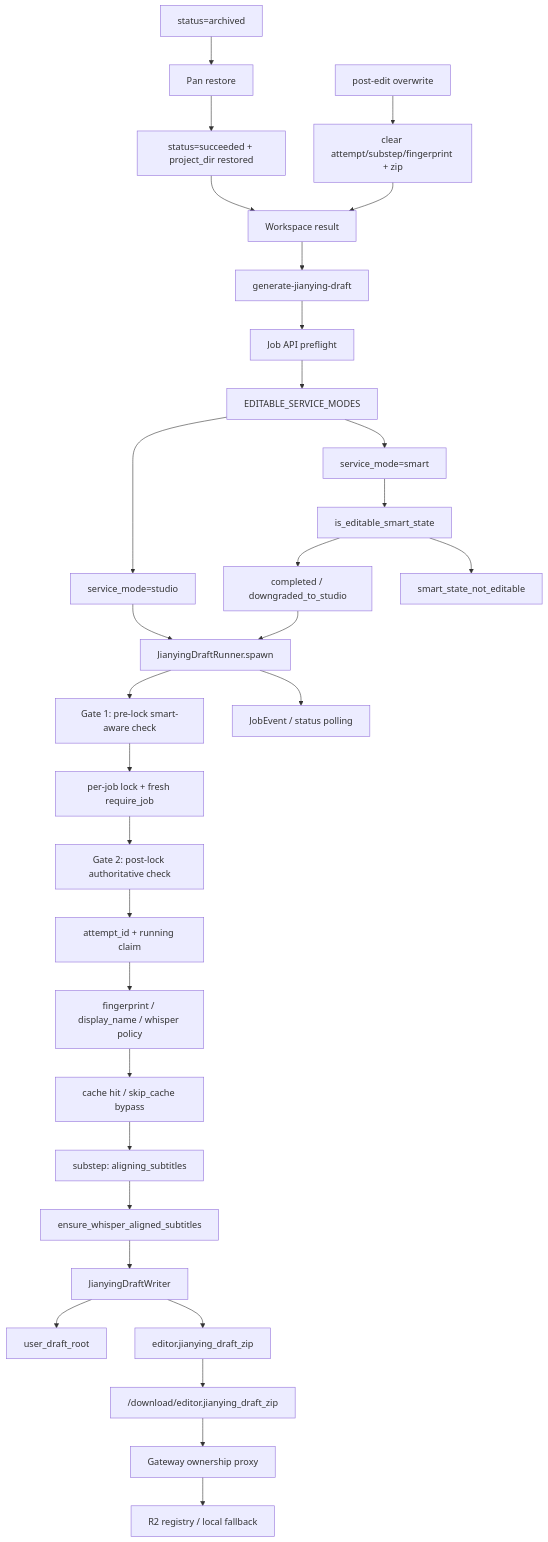
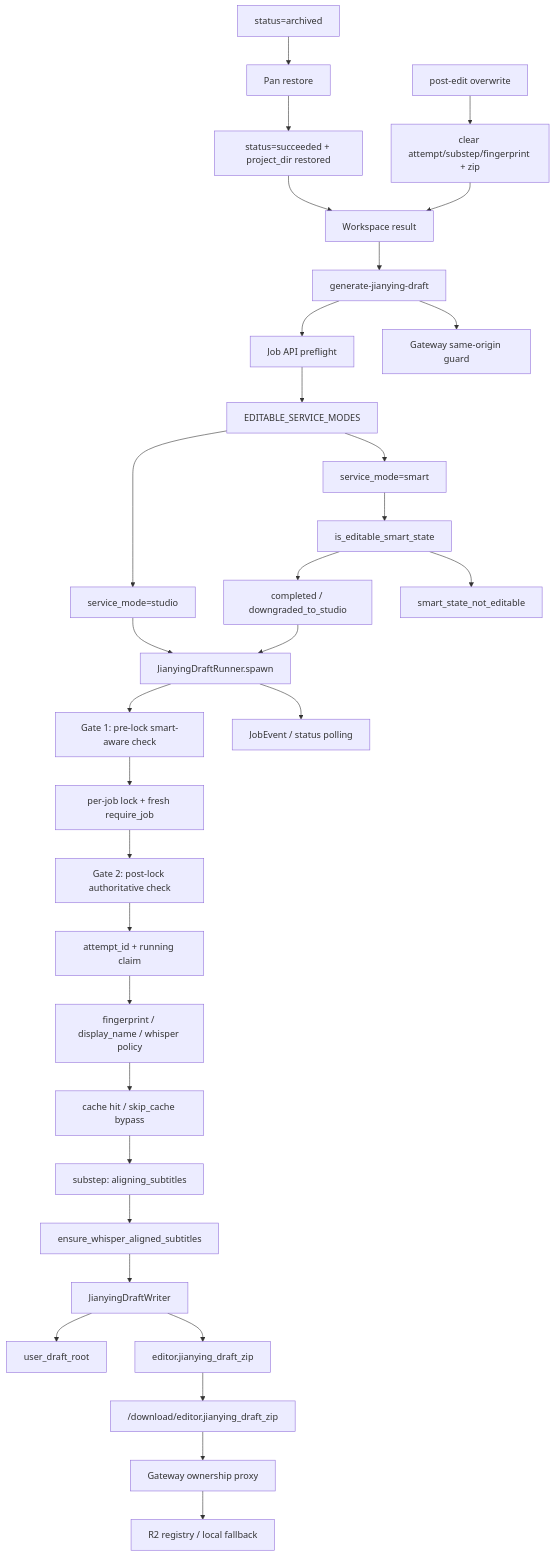
One commit to sun9bear/AITransVideo changed the diagram in docs/graphs/GITNEXUS_JIANYING_DRAFT_DELIVERY_GRAPH.md. Above: the diagram before and after it, drawn with Mermaid. The commit also changed other lines of this file and 12 other files, not shown here.

Commit message:
docs(graphs): refresh GitNexus maps for May 24

````diff
--- a/docs/graphs/GITNEXUS_JIANYING_DRAFT_DELIVERY_GRAPH.md
+++ b/docs/graphs/GITNEXUS_JIANYING_DRAFT_DELIVERY_GRAPH.md
@@ -19,36 +20,37 @@
 ```mermaid
 graph TD
     ResultUI["Workspace result"] --> Trigger["generate-jianying-draft"]
     Archived["status=archived"] --> Restore["Pan restore"]
     Restore --> Restored["status=succeeded + project_dir restored"]
     Restored --> ResultUI
     Trigger --> ApiPreflight["Job API preflight"]
+    Trigger --> CSRF["Gateway same-origin guard"]
     ApiPreflight --> ModeGate["EDITABLE_SERVICE_MODES"]
     ModeGate --> Studio["service_mode=studio"]
     ModeGate --> Smart["service_mode=smart"]
     Smart --> SmartState["is_editable_smart_state"]
     SmartState --> SmartOk["completed / downgraded_to_studio"]
     SmartState --> SmartReject["smart_state_not_editable"]
 
     Studio --> Runner["JianyingDraftRunner.spawn"]
     SmartOk --> Runner
     Runner --> Gate1["Gate 1: pre-lock smart-aware check"]
     Gate1 --> Lock["per-job lock + fresh require_job"]
     Lock --> Gate2["Gate 2: post-lock authoritative check"]
     Gate2 --> Claim["attempt_id + running claim"]
     Claim --> Fingerprint["fingerprint / display_name / whisper policy"]
     Fingerprint --> Cache["cache hit / skip_cache bypass"]
     Cache --> AlignStep["substep: aligning_subtitles"]
     AlignStep --> Ensure["ensure_whisper_aligned_subtitles"]
     Ensure --> Writer["JianyingDraftWriter"]
     Writer --> UserRoot["user_draft_root"]
     Writer --> Zip["editor.jianying_draft_zip"]
 
     Runner --> Events["JobEvent / status polling"]
     Zip --> Download["/download/editor.jianying_draft_zip"]
     Download --> Gateway["Gateway ownership proxy"]
     Gateway --> Storage["R2 registry / local fallback"]
 
     EditCommit["post-edit overwrite"] --> Invalidate["clear attempt/substep/fingerprint + zip"]
     Invalidate --> ResultUI
 ```
````
